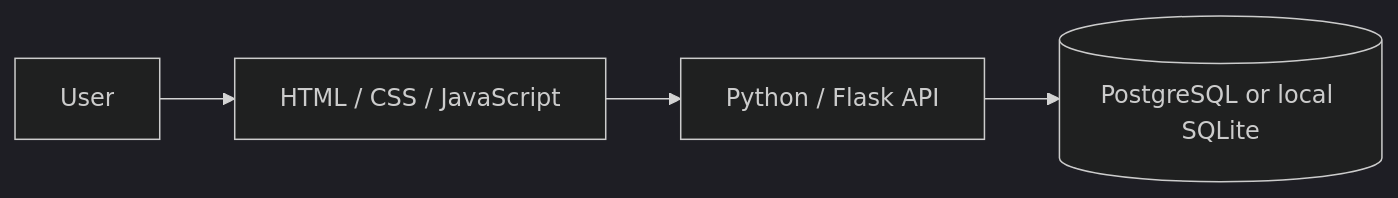
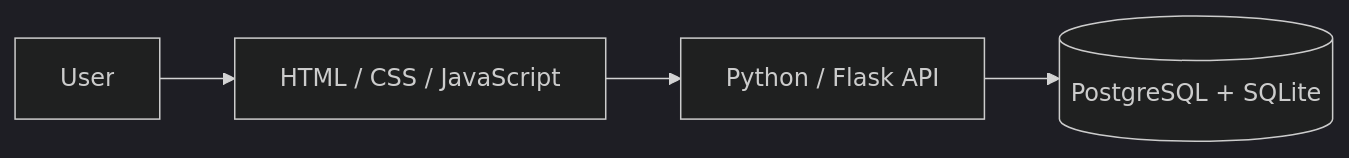
The diagram in README.md (onleetosh/aim), drawn with Mermaid (dark theme) before and after one commit. The commit also changed other lines of this file, not shown here.

````diff
--- a/README.md
+++ b/README.md
@@ -154,7 +153,7 @@
 ```mermaid
 flowchart LR
     U["User"] --> FE["HTML / CSS / JavaScript"]
     FE --> API["Python / Flask API"]
-    API --> DB[("PostgreSQL or local SQLite")]
+    API --> DB[("PostgreSQL + SQLite")]
 
 ```
````
